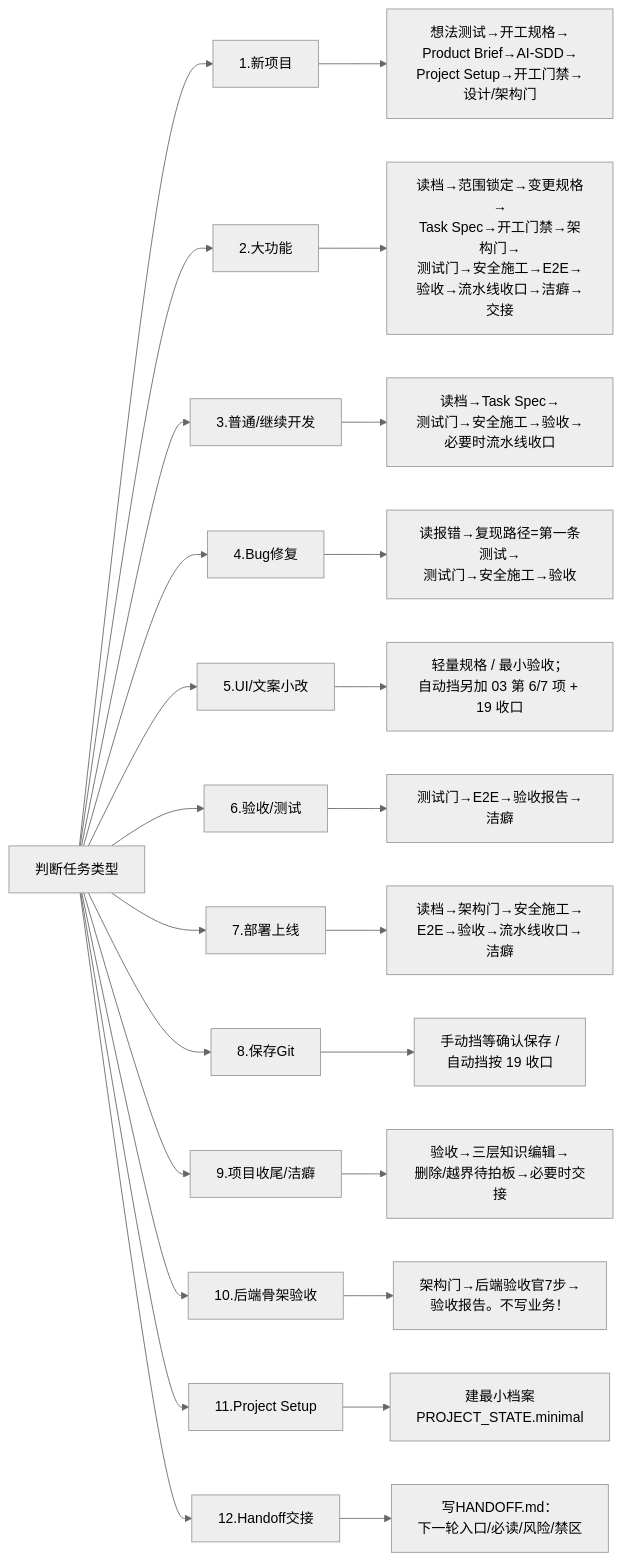
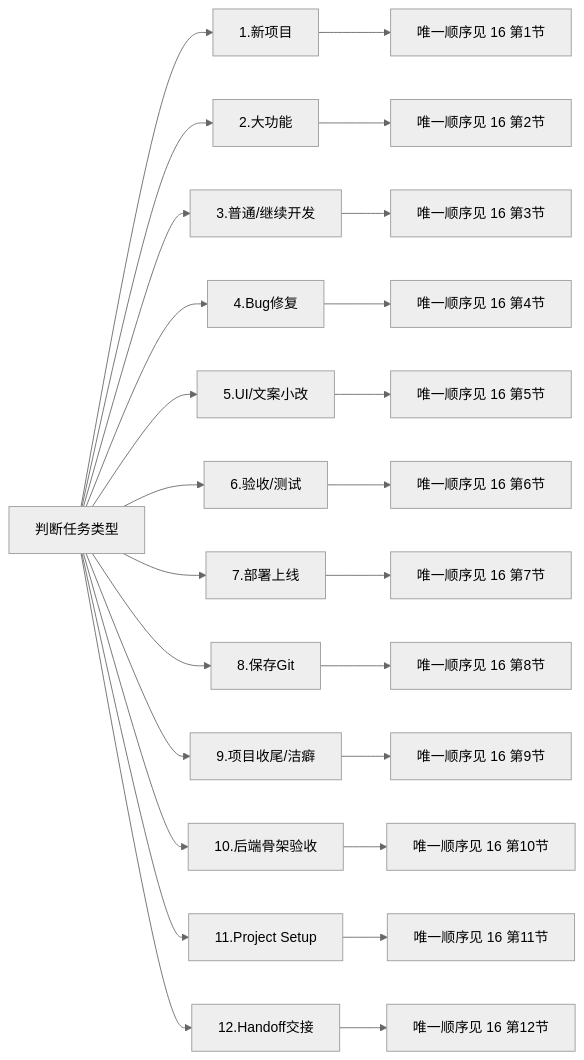
Before and after one commit to kunkunzi996/kun-router: the second of 3 diagrams in FLOWCHART.md, drawn with Mermaid (neutral theme). The commit also changed other lines of this file and 4 other files, not shown here.

````diff
--- a/FLOWCHART.md
+++ b/FLOWCHART.md
@@ -73,28 +73,28 @@
 ```mermaid
 flowchart LR
     R[判断任务类型] --> T1
     R --> T2
     R --> T3
     R --> T4
     R --> T5
     R --> T6
     R --> T7
     R --> T8
     R --> T9
     R --> T10
     R --> T11
     R --> T12
 
-    T1[1.新项目] --> T1x[想法测试→开工规格→<br/>Product Brief→AI-SDD→<br/>Project Setup→开工门禁→设计/架构门]
-    T2[2.大功能] --> T2x[读档→范围锁定→变更规格→<br/>Task Spec→开工门禁→架构门→<br/>测试门→安全施工→E2E→验收→流水线收口→洁癖→交接]
-    T3[3.普通/继续开发] --> T3x[读档→Task Spec→<br/>测试门→安全施工→验收→必要时流水线收口]
-    T4[4.Bug修复] --> T4x[读报错→复现路径=第一条测试→<br/>测试门→安全施工→验收]
-    T5[5.UI/文案小改] --> T5x[轻量规格 / 最小验收；<br/>自动挡另加 03 第 6/7 项 + 19 收口]
-    T6[6.验收/测试] --> T6x[测试门→E2E→验收报告→洁癖]
-    T7[7.部署上线] --> T7x[读档→架构门→安全施工→<br/>E2E→验收→流水线收口→洁癖]
-    T8[8.保存Git] --> T8x[手动挡等确认保存 /<br/>自动挡按 19 收口]
-    T9[9.项目收尾/洁癖] --> T9x[验收→三层知识编辑→<br/>删除/越界待拍板→必要时交接]
-    T10[10.后端骨架验收] --> T10x[架构门→后端验收官7步→<br/>验收报告。不写业务！]
-    T11[11.Project Setup] --> T11x[建最小档案<br/>PROJECT_STATE.minimal]
-    T12[12.Handoff交接] --> T12x[写HANDOFF.md：<br/>下一轮入口/必读/风险/禁区]
+    T1[1.新项目] --> T1x[唯一顺序见 16 第1节]
+    T2[2.大功能] --> T2x[唯一顺序见 16 第2节]
+    T3[3.普通/继续开发] --> T3x[唯一顺序见 16 第3节]
+    T4[4.Bug修复] --> T4x[唯一顺序见 16 第4节]
+    T5[5.UI/文案小改] --> T5x[唯一顺序见 16 第5节]
+    T6[6.验收/测试] --> T6x[唯一顺序见 16 第6节]
+    T7[7.部署上线] --> T7x[唯一顺序见 16 第7节]
+    T8[8.保存Git] --> T8x[唯一顺序见 16 第8节]
+    T9[9.项目收尾/洁癖] --> T9x[唯一顺序见 16 第9节]
+    T10[10.后端骨架验收] --> T10x[唯一顺序见 16 第10节]
+    T11[11.Project Setup] --> T11x[唯一顺序见 16 第11节]
+    T12[12.Handoff交接] --> T12x[唯一顺序见 16 第12节]
 ```
````
